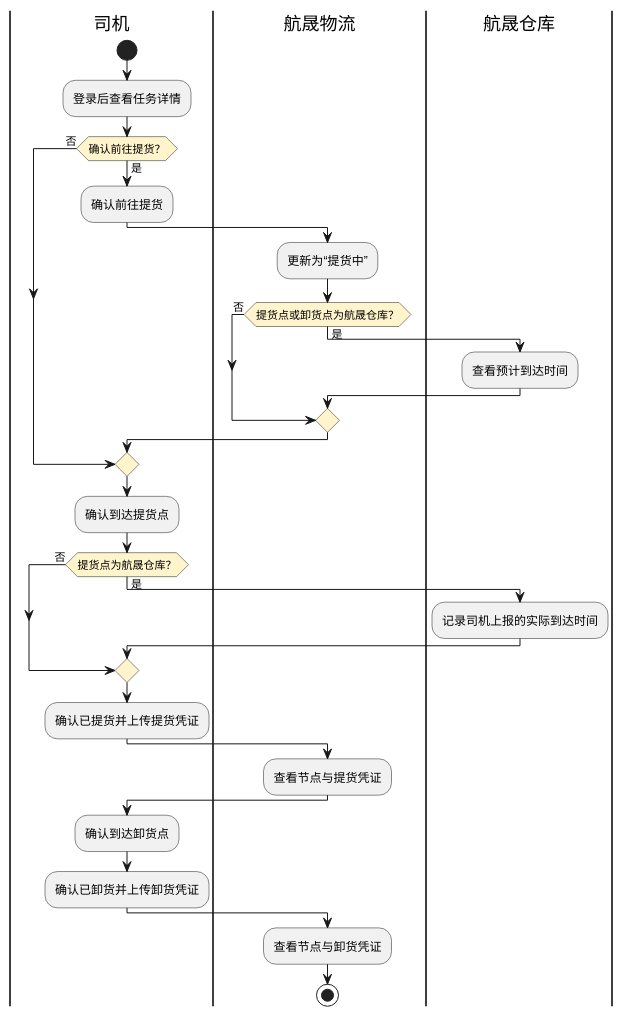
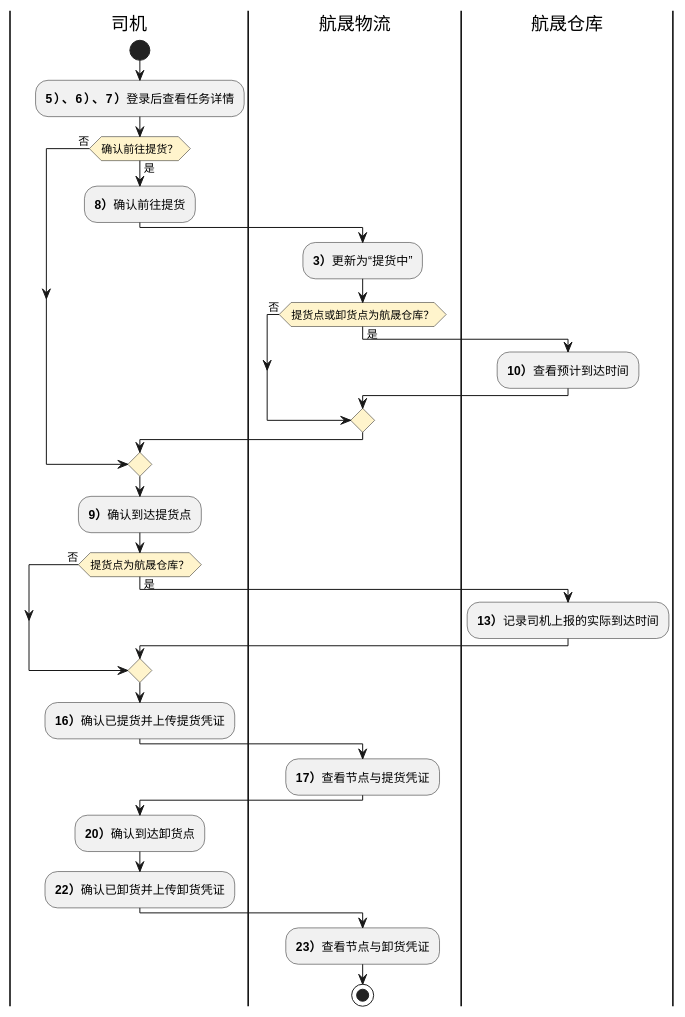
One commit to jack888332/projects-doc changed the first of 7 diagrams in product-caliber/goldjet/segmented-prd/PRD.高捷物流系统一期.第016篇.用车-运单管理.20AA542560.md. Above: the diagram before and after it, drawn with PlantUML. The commit also changed other lines of this file and 24 other files, not shown here.

````diff
--- a/product-caliber/goldjet/segmented-prd/PRD.高捷物流系统一期.第016篇.用车-运单管理.20AA542560.md
+++ b/product-caliber/goldjet/segmented-prd/PRD.高捷物流系统一期.第016篇.用车-运单管理.20AA542560.md
@@ -59,36 +59,36 @@
 ```plantuml
 @startuml goldjet-016-driver-handoffs
 skinparam activityDiamondBackgroundColor #FFF4CC
 |司机|
 start
-:登录后查看任务详情;
+:**5）、6）、7）**登录后查看任务详情;
 if (确认前往提货？) then (是)
-  :确认前往提货;
+  :**8）**确认前往提货;
   |航晟物流|
-  :更新为“提货中”;
+  :**3）**更新为“提货中”;
   if (提货点或卸货点为航晟仓库？) then (是)
     |航晟仓库|
-    :查看预计到达时间;
+    :**10）**查看预计到达时间;
   else (否)
   endif
 else (否)
 endif
 |司机|
-:确认到达提货点;
+:**9）**确认到达提货点;
 if (提货点为航晟仓库？) then (是)
   |航晟仓库|
-  :记录司机上报的实际到达时间;
+  :**13）**记录司机上报的实际到达时间;
 else (否)
 endif
 |司机|
-:确认已提货并上传提货凭证;
+:**16）**确认已提货并上传提货凭证;
 |航晟物流|
-:查看节点与提货凭证;
+:**17）**查看节点与提货凭证;
 |司机|
-:确认到达卸货点;
-:确认已卸货并上传卸货凭证;
+:**20）**确认到达卸货点;
+:**22）**确认已卸货并上传卸货凭证;
 |航晟物流|
-:查看节点与卸货凭证;
+:**23）**查看节点与卸货凭证;
 stop
 @enduml
 ```
````
